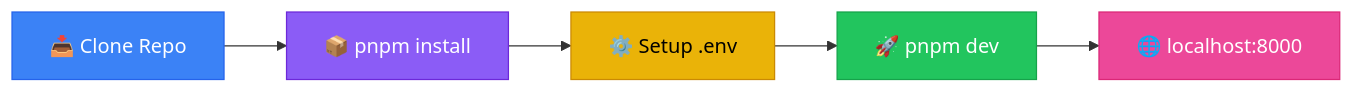
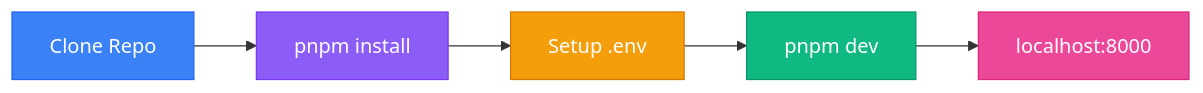
Before and after one commit to tian972k/micro-fontend-base: the second of 5 diagrams in README.md, drawn with Mermaid. The commit also changed other lines of this file and 3 other files, not shown here.

First line of the commit message:
docs: add Mermaid diagram style guide with standard color palette

````diff
--- a/README.md
+++ b/README.md
@@ -134,13 +130,13 @@
 ```mermaid
 flowchart LR
-    A[📥 Clone Repo] --> B[📦 pnpm install]
-    B --> C[⚙️ Setup .env]
-    C --> D[🚀 pnpm dev]
-    D --> E[🌐 localhost:8000]
+    A[Clone Repo] --> B[pnpm install]
+    B --> C[Setup .env]
+    C --> D[pnpm dev]
+    D --> E[localhost:8000]
 
     style A fill:#3b82f6,stroke:#2563eb,color:#fff
-    style B fill:#8b5cf6,stroke:#6d28d9,color:#fff
-    style C fill:#eab308,stroke:#ca8a04,color:#000
-    style D fill:#22c55e,stroke:#16a34a,color:#fff
+    style B fill:#8b5cf6,stroke:#7c3aed,color:#fff
+    style C fill:#f59e0b,stroke:#d97706,color:#fff
+    style D fill:#10b981,stroke:#059669,color:#fff
     style E fill:#ec4899,stroke:#db2777,color:#fff
 ```
````
